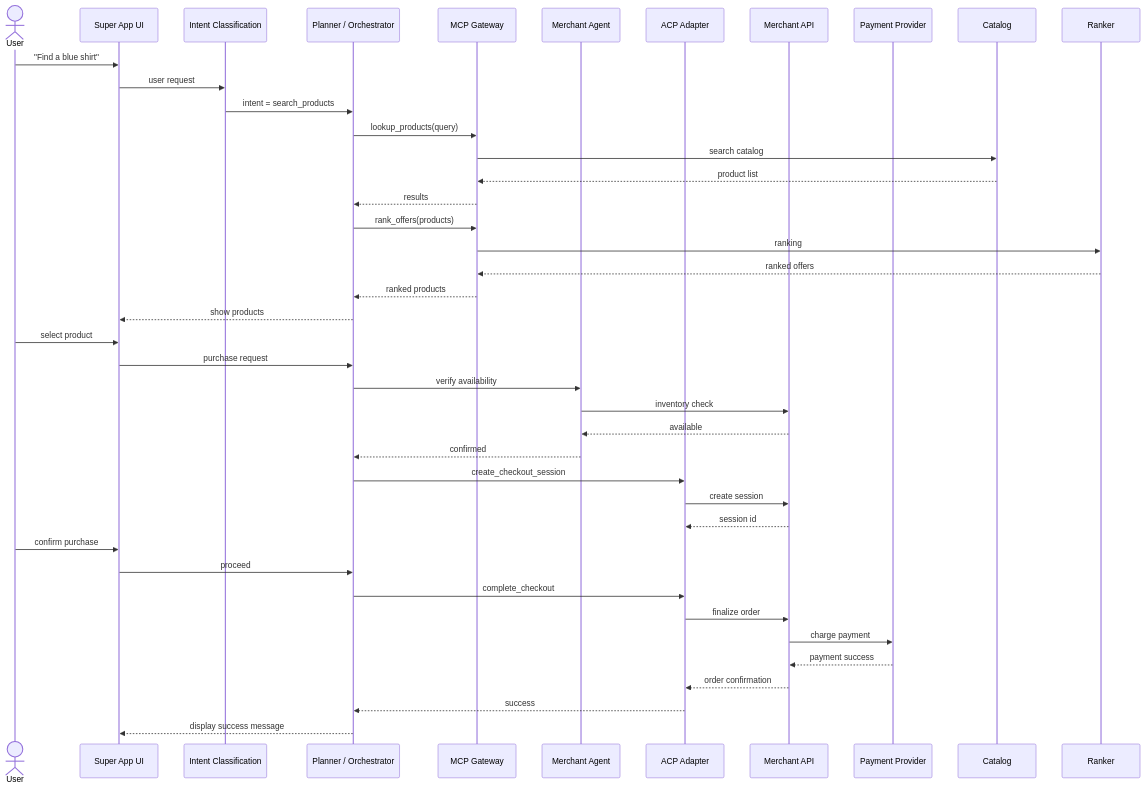
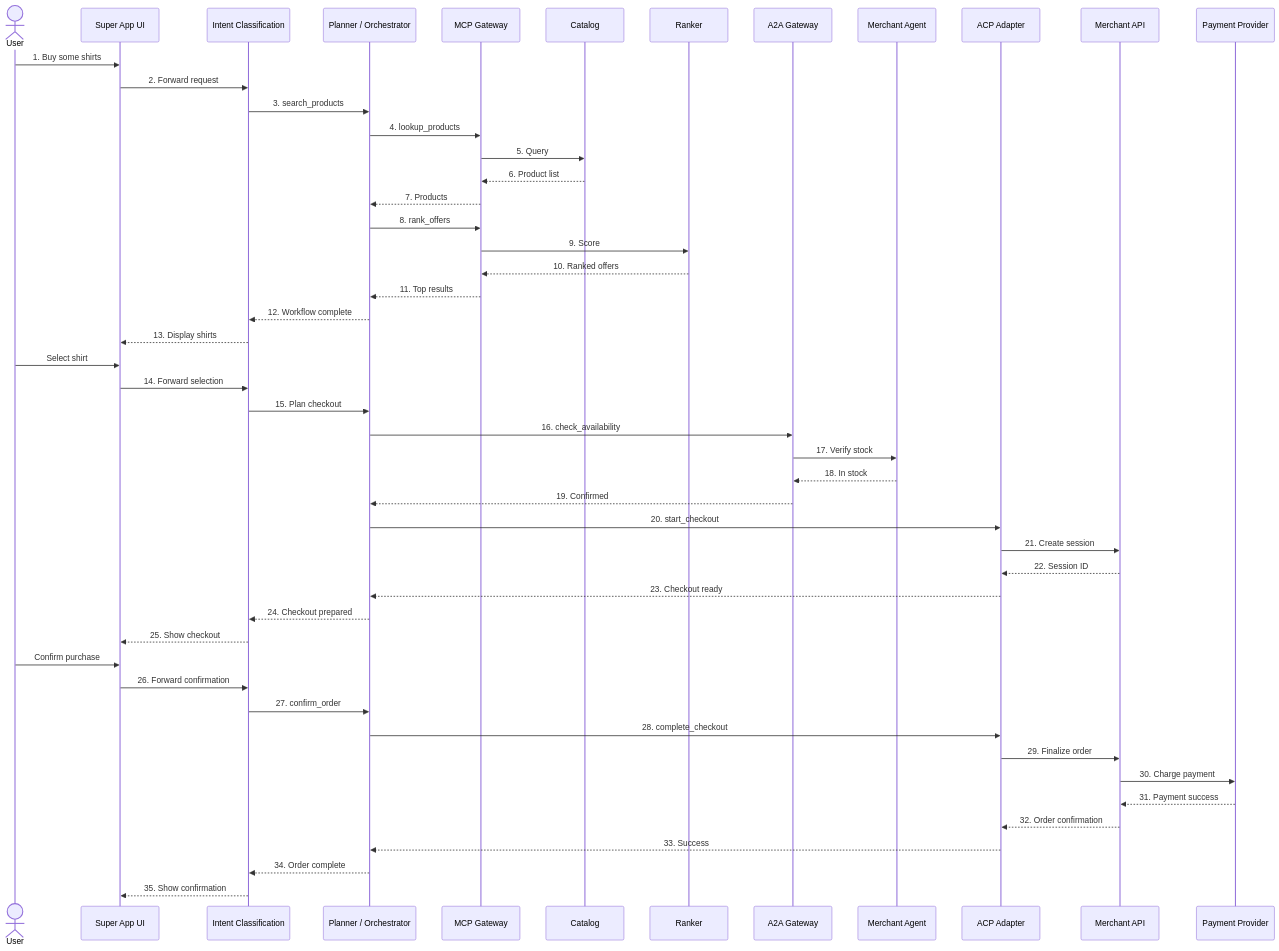
Before and after one commit to zhuohanl/agentic-commerce-protocol-demo: the third of 3 diagrams in understanding/design/layered-architecture-mvp.md, drawn with Mermaid. The commit also changed other lines of this file, not shown here.

Commit message:
Updated layered architecture for MVP

````diff
--- a/understanding/design/layered-architecture-mvp.md
+++ b/understanding/design/layered-architecture-mvp.md
@@ -355,54 +436,65 @@
 ```mermaid
 sequenceDiagram
 
 actor User
 participant UI as Super App UI
 participant Intent as Intent Classification
 participant Planner as Planner / Orchestrator
 participant MCP as MCP Gateway
-participant A2A as Merchant Agent
+participant Catalog
+participant Ranker
+participant A2A as A2A Gateway
+participant MerchantAgent as Merchant Agent
 participant ACP as ACP Adapter
-participant Merchant as Merchant API
+participant MerchantAPI as Merchant API
 participant PSP as Payment Provider
 
-User->>UI: "Find a blue shirt"
-UI->>Intent: user request
+User->>UI: 1. Buy some shirts
+UI->>Intent: 2. Forward request
+Intent->>Planner: 3. search_products
 
-Intent->>Planner: intent = search_products
+Planner->>MCP: 4. lookup_products
+MCP->>Catalog: 5. Query
+Catalog-->>MCP: 6. Product list
+MCP-->>Planner: 7. Products
 
-Planner->>MCP: lookup_products(query)
-MCP->>Catalog: search catalog
-Catalog-->>MCP: product list
-MCP-->>Planner: results
+Planner->>MCP: 8. rank_offers
+MCP->>Ranker: 9. Score
+Ranker-->>MCP: 10. Ranked offers
+MCP-->>Planner: 11. Top results
 
-Planner->>MCP: rank_offers(products)
-MCP->>Ranker: ranking
-Ranker-->>MCP: ranked offers
-MCP-->>Planner: ranked products
+Planner-->>Intent: 12. Workflow complete
+Intent-->>UI: 13. Display shirts
 
-Planner-->>UI: show products
+User->>UI: Select shirt
+UI->>Intent: 14. Forward selection
+Intent->>Planner: 15. Plan checkout
 
-User->>UI: select product
-UI->>Planner: purchase request
+Planner->>A2A: 16. check_availability
+A2A->>MerchantAgent: 17. Verify stock
+MerchantAgent-->>A2A: 18. In stock
+A2A-->>Planner: 19. Confirmed
 
-Planner->>A2A: verify availability
-A2A->>Merchant: inventory check
-Merchant-->>A2A: available
-A2A-->>Planner: confirmed
+Planner->>ACP: 20. start_checkout
+ACP->>MerchantAPI: 21. Create session
+MerchantAPI-->>ACP: 22. Session ID
+ACP-->>Planner: 23. Checkout ready
 
-Planner->>ACP: create_checkout_session
-ACP->>Merchant: create session
-Merchant-->>ACP: session id
+Planner-->>Intent: 24. Checkout prepared
+Intent-->>UI: 25. Show checkout
 
-User->>UI: confirm purchase
-UI->>Planner: proceed
+User->>UI: Confirm purchase
+UI->>Intent: 26. Forward confirmation
+Intent->>Planner: 27. confirm_order
 
-Planner->>ACP: complete_checkout
-ACP->>Merchant: finalize order
-Merchant->>PSP: charge payment
-PSP-->>Merchant: payment success
+Planner->>ACP: 28. complete_checkout
+ACP->>MerchantAPI: 29. Finalize order
+MerchantAPI->>PSP: 30. Charge payment
+PSP-->>MerchantAPI: 31. Payment success
 
-Merchant-->>ACP: order confirmation
-ACP-->>Planner: success
-Planner-->>UI: display success message
+MerchantAPI-->>ACP: 32. Order confirmation
+ACP-->>Planner: 33. Success
+
+Planner-->>Intent: 34. Order complete
+Intent-->>UI: 35. Show confirmation
 ```
````
